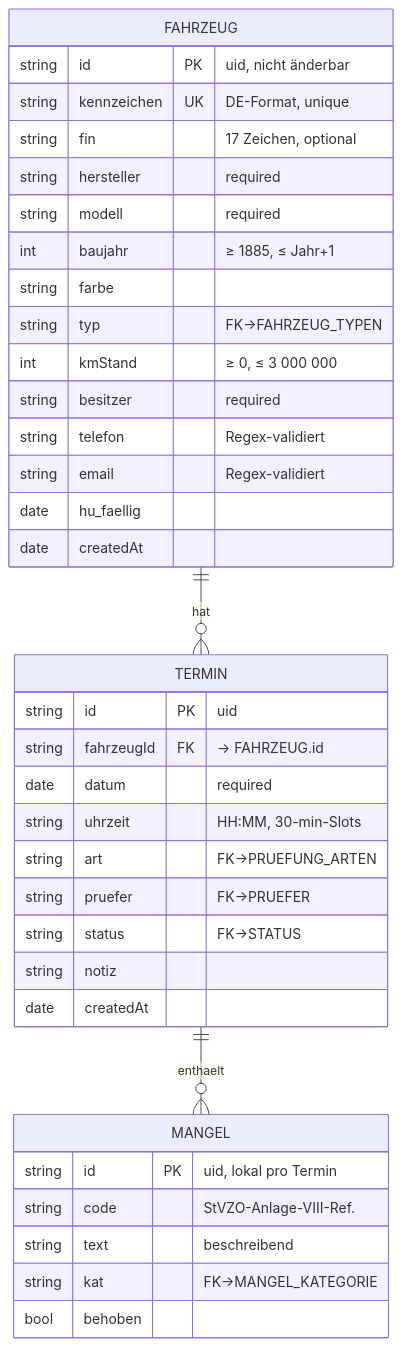
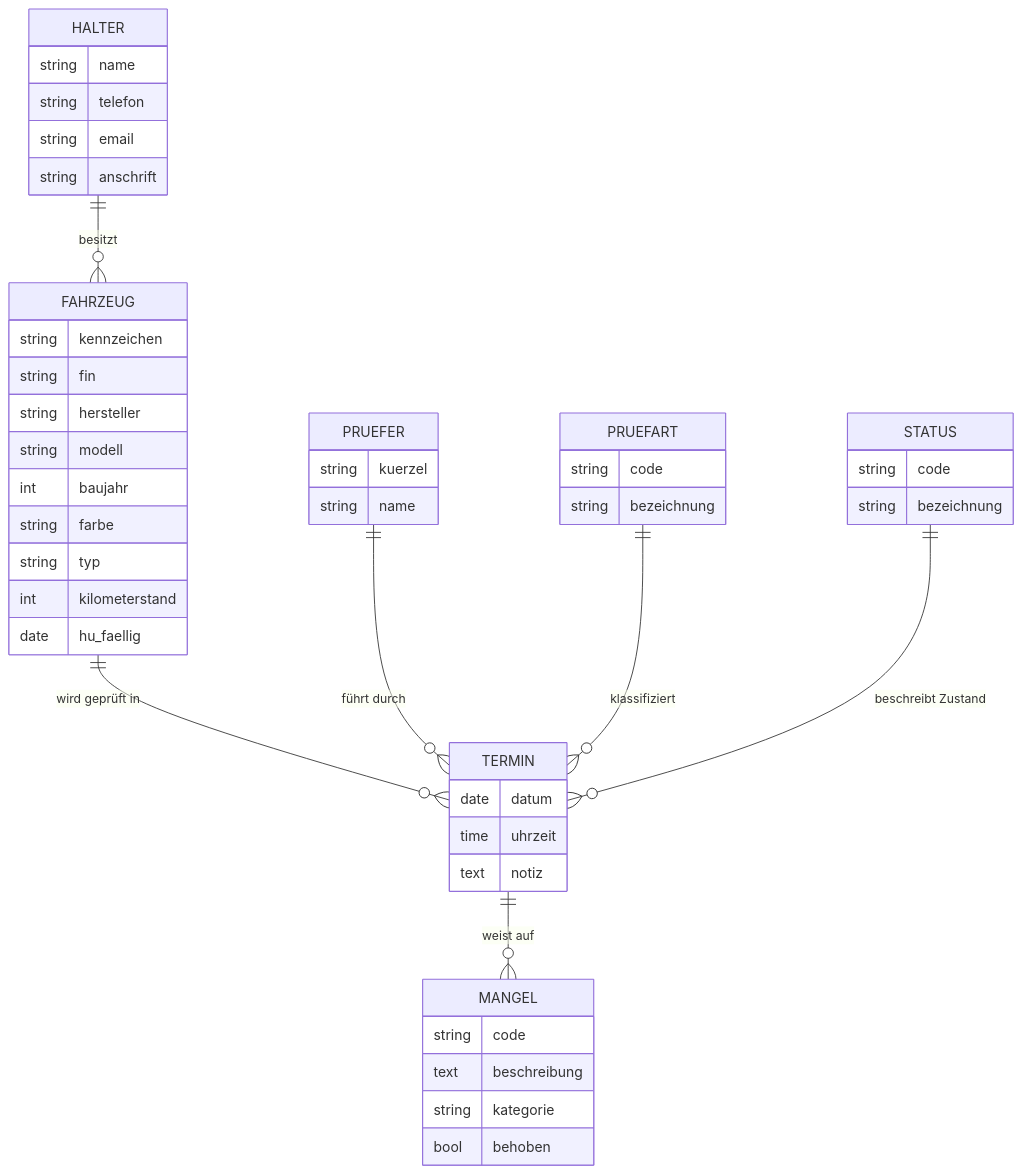
Before and after one commit to maroxd3/tuv-workflow-web: the diagram in docs/datenmodell.md, drawn with Mermaid. The commit also changed other lines of this file, not shown here.

````diff
--- a/docs/datenmodell.md
+++ b/docs/datenmodell.md
@@ -10,42 +28,45 @@
 ```mermaid
 erDiagram
-  FAHRZEUG ||--o{ TERMIN : hat
-  TERMIN ||--o{ MANGEL : enthaelt
+  HALTER     ||--o{ FAHRZEUG : "besitzt"
+  FAHRZEUG   ||--o{ TERMIN   : "wird geprüft in"
+  TERMIN     ||--o{ MANGEL   : "weist auf"
+  PRUEFER    ||--o{ TERMIN   : "führt durch"
+  PRUEFART   ||--o{ TERMIN   : "klassifiziert"
+  STATUS     ||--o{ TERMIN   : "beschreibt Zustand"
+
+  HALTER {
+    string name
+    string telefon
+    string email
+    string anschrift
+  }
 
   FAHRZEUG {
-    string id PK "uid, nicht änderbar"
-    string kennzeichen UK "DE-Format, unique"
-    string fin "17 Zeichen, optional"
-    string hersteller "required"
-    string modell "required"
-    int    baujahr "≥ 1885, ≤ Jahr+1"
+    string kennzeichen
+    string fin
+    string hersteller
+    string modell
+    int    baujahr
     string farbe
-    string typ "FK→FAHRZEUG_TYPEN"
-    int    kmStand "≥ 0, ≤ 3 000 000"
-    string besitzer "required"
-    string telefon "Regex-validiert"
-    string email "Regex-validiert"
+    string typ
+    int    kilometerstand
     date   hu_faellig
-    date   createdAt
   }
 
   TERMIN {
-    string id PK "uid"
-    string fahrzeugId FK "→ FAHRZEUG.id"
-    date   datum "required"
-    string uhrzeit "HH:MM, 30-min-Slots"
-    string art "FK→PRUEFUNG_ARTEN"
-    string pruefer "FK→PRUEFER"
-    string status "FK→STATUS"
-    string notiz
-    date   createdAt
+    date datum
+    time uhrzeit
+    text notiz
   }
 
   MANGEL {
-    string id PK "uid, lokal pro Termin"
-    string code "StVZO-Anlage-VIII-Ref."
-    string text "beschreibend"
-    string kat "FK→MANGEL_KATEGORIE"
+    string code
+    text   beschreibung
+    string kategorie
     bool   behoben
   }
+
+  PRUEFER   { string kuerzel string name }
+  PRUEFART  { string code    string bezeichnung }
+  STATUS    { string code    string bezeichnung }
 ```
````
